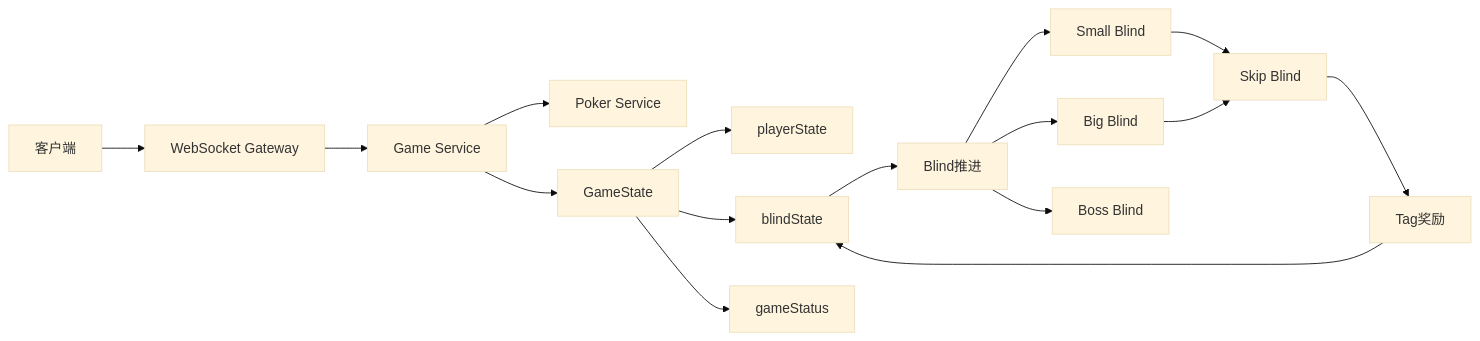
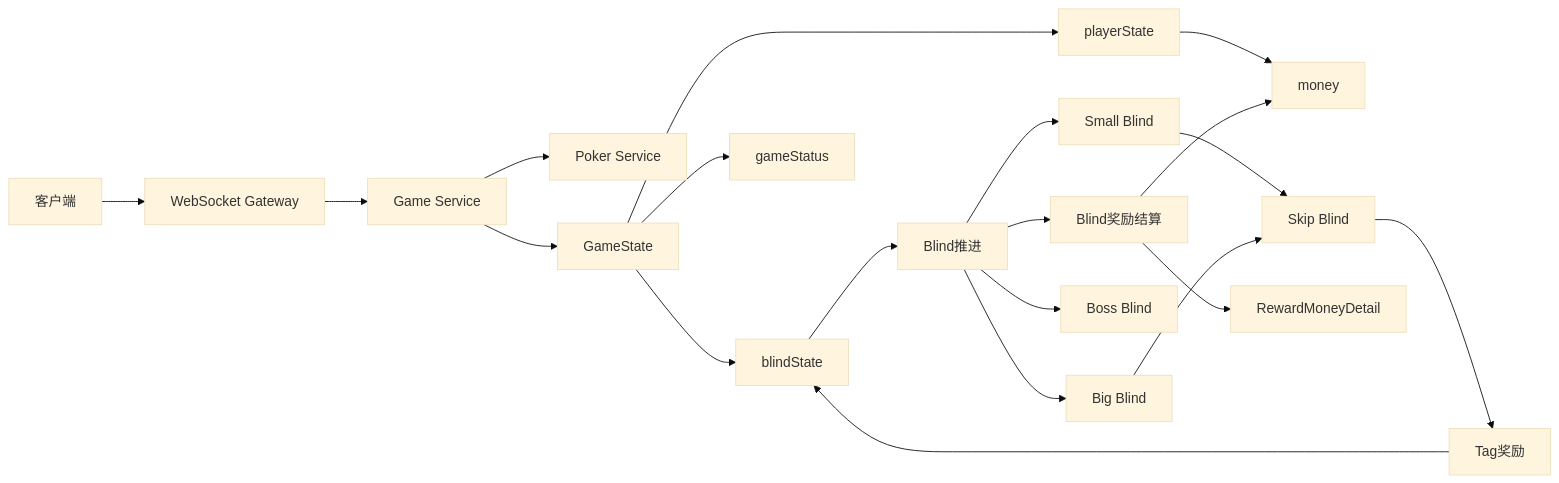
The diagram in README.md (RainbowZhou93/balatro-realtime-backend), drawn with Mermaid (base theme) before and after one commit. The commit also changed other lines of this file, not shown here.

Commit message:
docs(readme): update roadmap for reward and economy phase

````diff
--- a/README.md
+++ b/README.md
@@ -51,33 +54,41 @@
 ```mermaid
 flowchart LR
 
 A[客户端] --> B[WebSocket Gateway]
 
 B --> C[Game Service]
 
 C --> D[Poker Service]
 
 C --> E[GameState]
 
 E --> F[playerState]
 
 E --> G[blindState]
 
 E --> H[gameStatus]
 
+F --> O[money]
+
 G --> I[Blind推进]
 
 I --> J[Small Blind]
 
 I --> K[Big Blind]
 
 I --> L[Boss Blind]
 
 J --> M[Skip Blind]
 
 K --> M
 
 M --> N[Tag奖励]
 
+I --> P[Blind奖励结算]
+
+P --> Q[RewardMoneyDetail]
+
+P --> O
+
 N --> G
 ```
````
